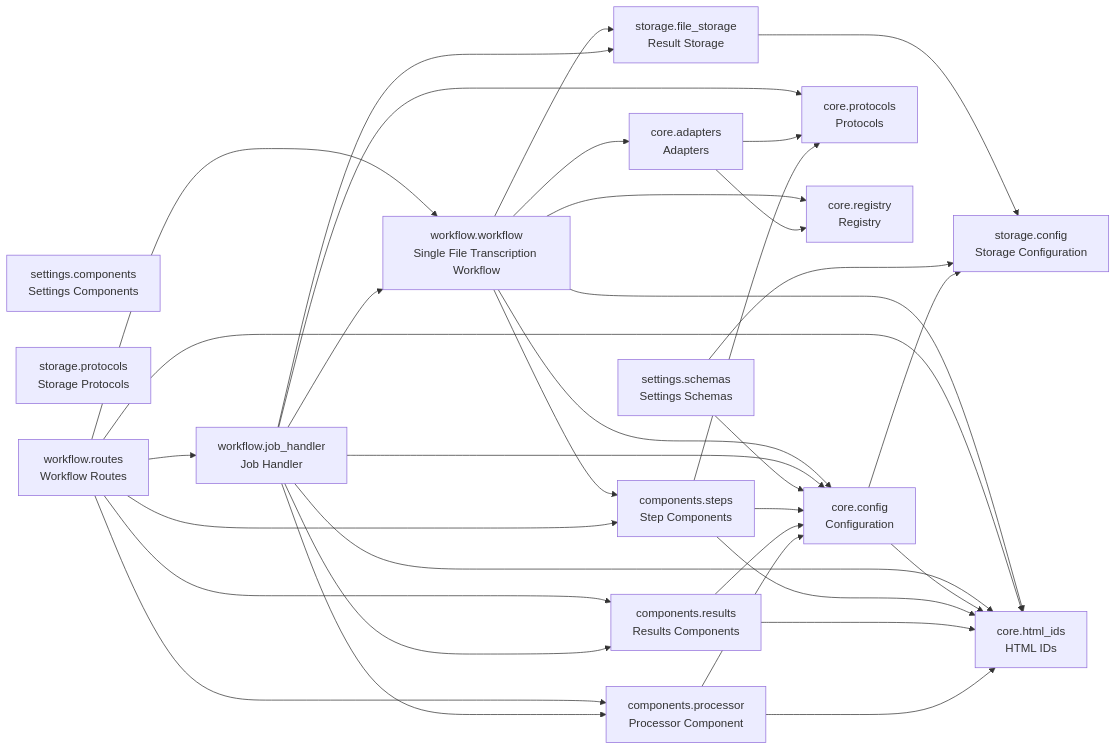
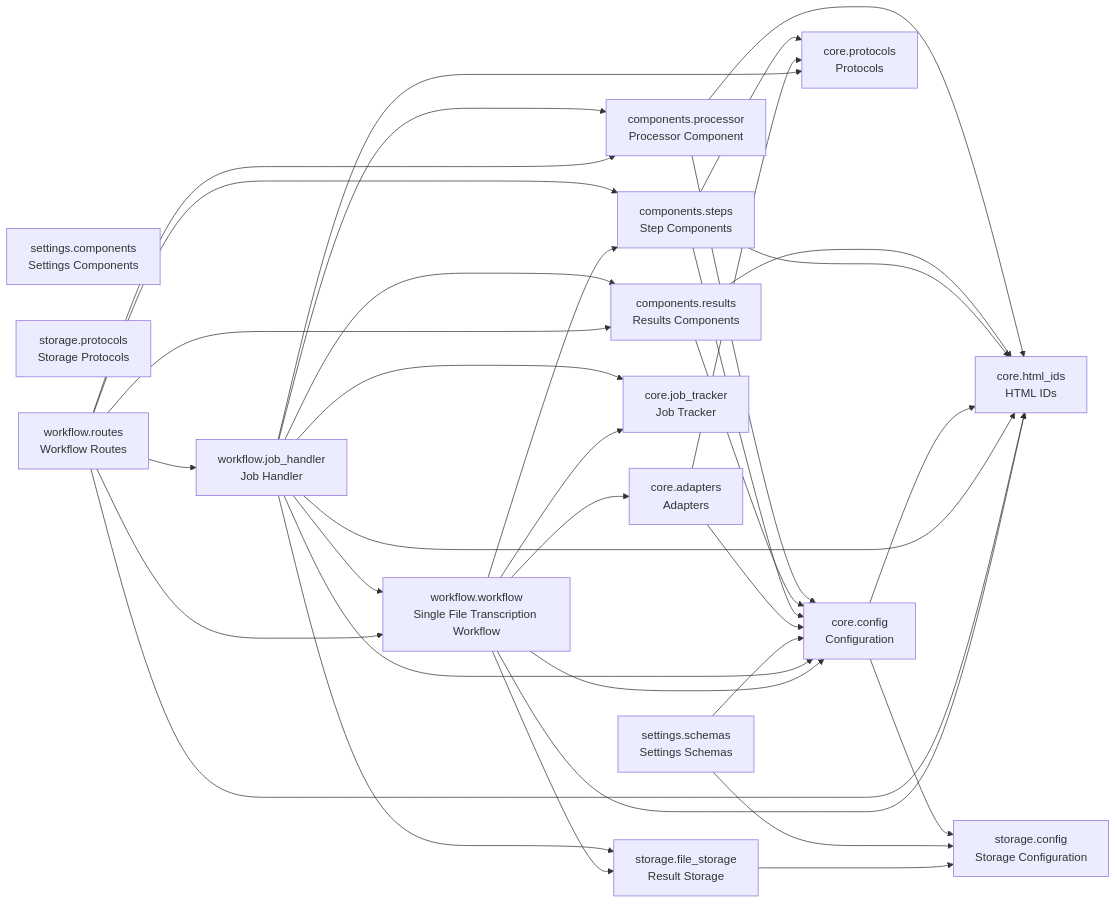
The diagram in README.md (cj-mills/cjm-fasthtml-workflow-transcription-single-file), drawn with Mermaid before and after one commit. The commit also changed other lines of this file and 18 other files, not shown here.

````diff
--- a/README.md
+++ b/README.md
@@ -41,53 +41,54 @@
 ``` mermaid
 graph LR
     components_processor[components.processor<br/>Processor Component]
     components_results[components.results<br/>Results Components]
     components_steps[components.steps<br/>Step Components]
     core_adapters[core.adapters<br/>Adapters]
     core_config[core.config<br/>Configuration]
     core_html_ids[core.html_ids<br/>HTML IDs]
+    core_job_tracker[core.job_tracker<br/>Job Tracker]
     core_protocols[core.protocols<br/>Protocols]
-    core_registry[core.registry<br/>Registry]
     settings_components[settings.components<br/>Settings Components]
     settings_schemas[settings.schemas<br/>Settings Schemas]
     storage_config[storage.config<br/>Storage Configuration]
     storage_file_storage[storage.file_storage<br/>Result Storage]
     storage_protocols[storage.protocols<br/>Storage Protocols]
     workflow_job_handler[workflow.job_handler<br/>Job Handler]
     workflow_routes[workflow.routes<br/>Workflow Routes]
     workflow_workflow[workflow.workflow<br/>Single File Transcription Workflow]
 
     components_processor --> core_config
     components_processor --> core_html_ids
     components_results --> core_config
     components_results --> core_html_ids
+    components_steps --> core_protocols
     components_steps --> core_config
-    components_steps --> core_protocols
     components_steps --> core_html_ids
     core_adapters --> core_protocols
-    core_adapters --> core_registry
+    core_adapters --> core_config
+    core_config --> core_html_ids
     core_config --> storage_config
-    core_config --> core_html_ids
+    settings_schemas --> core_config
     settings_schemas --> storage_config
-    settings_schemas --> core_config
     storage_file_storage --> storage_config
-    workflow_job_handler --> core_config
-    workflow_job_handler --> workflow_workflow
     workflow_job_handler --> components_results
     workflow_job_handler --> components_processor
+    workflow_job_handler --> core_job_tracker
     workflow_job_handler --> core_protocols
+    workflow_job_handler --> storage_file_storage
+    workflow_job_handler --> core_config
     workflow_job_handler --> core_html_ids
-    workflow_job_handler --> storage_file_storage
-    workflow_routes --> workflow_workflow
+    workflow_job_handler --> workflow_workflow
+    workflow_routes --> components_steps
     workflow_routes --> components_results
     workflow_routes --> components_processor
-    workflow_routes --> components_steps
+    workflow_routes --> workflow_workflow
     workflow_routes --> workflow_job_handler
     workflow_routes --> core_html_ids
     workflow_workflow --> storage_file_storage
-    workflow_workflow --> components_steps
+    workflow_workflow --> core_job_tracker
     workflow_workflow --> core_config
     workflow_workflow --> core_adapters
-    workflow_workflow --> core_registry
+    workflow_workflow --> components_steps
     workflow_workflow --> core_html_ids
 ```
````
